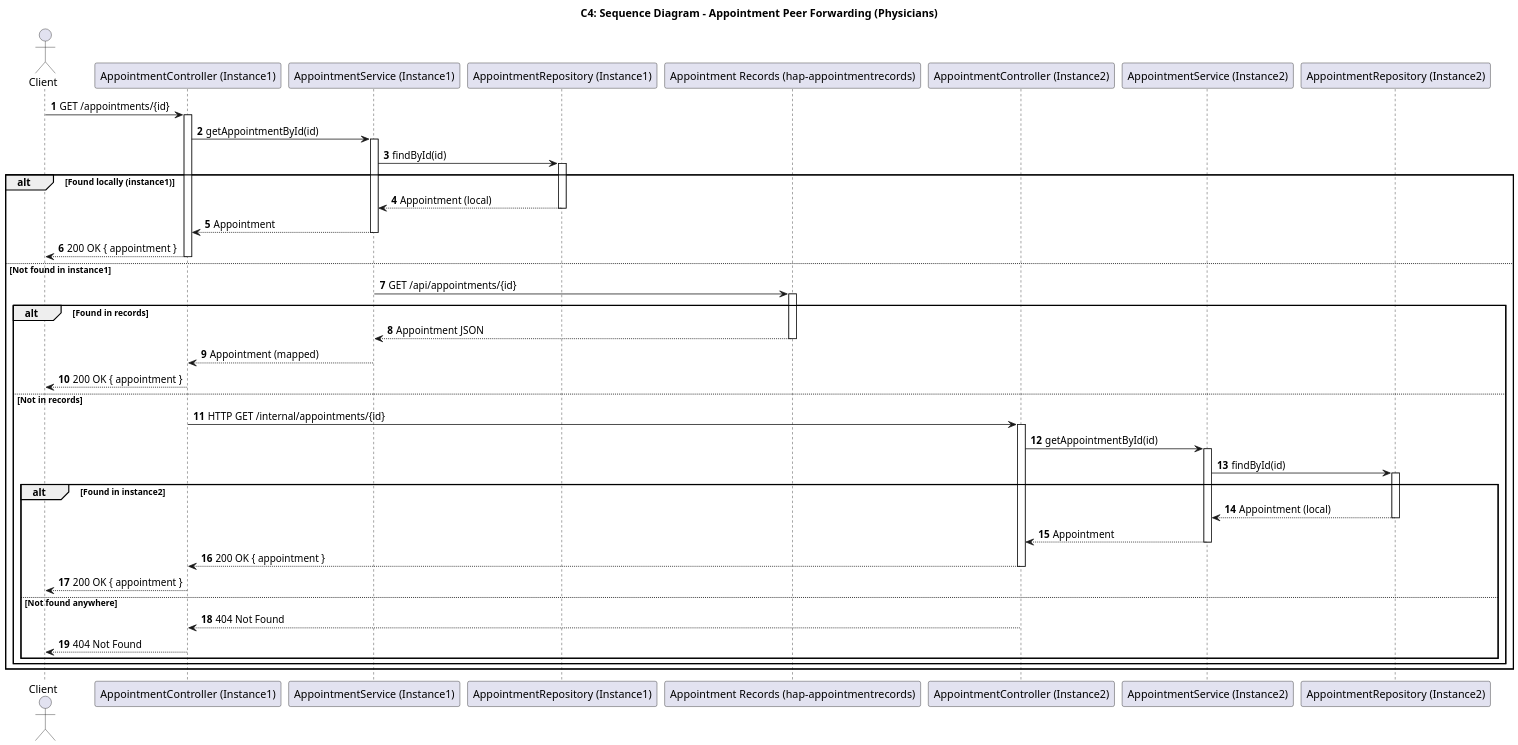
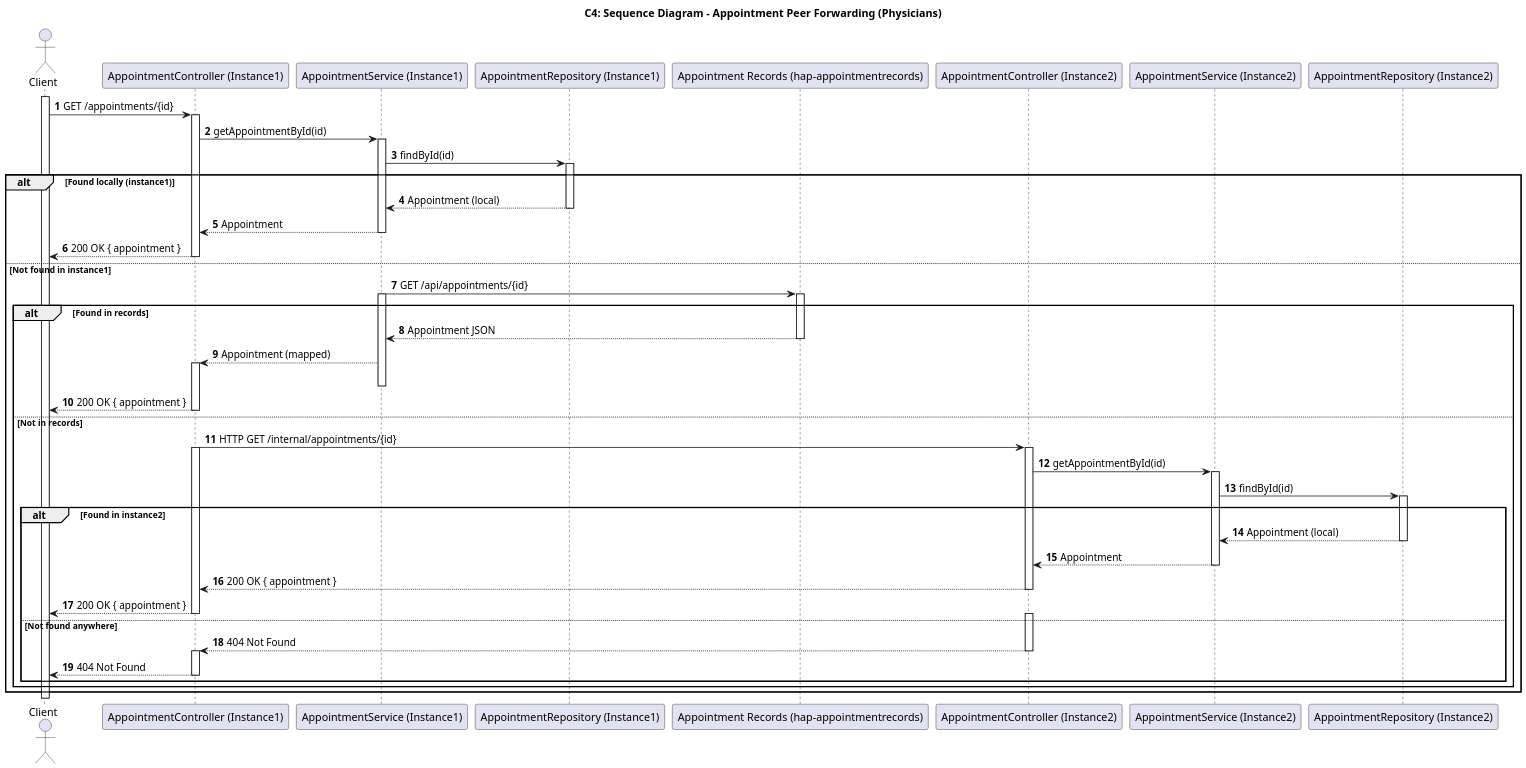
One commit to pedrods05/LETI_SIDIS_3DA_6 changed the diagram in DOCS/C4+1/C4+1-AppointmentPeerForwarding-Sequence.puml. Above: the diagram before and after it, drawn with PlantUML. The commit also changed 12 other files, not shown here.

Commit message:
ajustes diagramas

```diff
--- a/DOCS/C4+1/C4+1-AppointmentPeerForwarding-Sequence.puml
+++ b/DOCS/C4+1/C4+1-AppointmentPeerForwarding-Sequence.puml
@@ -1,75 +1,81 @@
 @startuml
 ' C4+1 — Appointment peer forwarding SD (layered)
 skinparam dpi 150
 skinparam shadowing false
 skinparam DefaultFontName Arial
 
 title C4: Sequence Diagram - Appointment Peer Forwarding (Physicians)
 
 actor Client
 participant "AppointmentController (Instance1)" as C1
 participant "AppointmentService (Instance1)" as S1
 participant "AppointmentRepository (Instance1)" as R1
 participant "Appointment Records (hap-appointmentrecords)" as Records
 participant "AppointmentController (Instance2)" as C2
 participant "AppointmentService (Instance2)" as S2
 participant "AppointmentRepository (Instance2)" as R2
 
+activate Client
 autonumber
 Client -> C1 : GET /appointments/{id}
 activate C1
 C1 -> S1 : getAppointmentById(id)
 activate S1
 S1 -> R1 : findById(id)
 activate R1
 alt Found locally (instance1)
   R1 --> S1 : Appointment (local)
   deactivate R1
   S1 --> C1 : Appointment
   deactivate S1
   C1 --> Client : 200 OK { appointment }
   deactivate C1
 else Not found in instance1
   ' no explicit null return from R1
   deactivate R1
   S1 -> Records : GET /api/appointments/{id}
+  activate S1
   activate Records
   alt Found in records
     Records --> S1 : Appointment JSON
     deactivate Records
     S1 --> C1 : Appointment (mapped)
+    activate C1
     deactivate S1
     C1 --> Client : 200 OK { appointment }
     deactivate C1
   else Not in records
     ' close records and service without explicit NotFound arrows
     deactivate Records
     deactivate S1
     C1 -> C2 : HTTP GET /internal/appointments/{id}
+    activate C1
     activate C2
     C2 -> S2 : getAppointmentById(id)
     activate S2
     S2 -> R2 : findById(id)
     activate R2
     alt Found in instance2
       R2 --> S2 : Appointment (local)
       deactivate R2
       S2 --> C2 : Appointment
       deactivate S2
       C2 --> C1 : 200 OK { appointment }
       deactivate C2
       C1 --> Client : 200 OK { appointment }
       deactivate C1
     else Not found anywhere
       ' close R2/S2/C2 without explicit NotFound arrows
       deactivate R2
       deactivate S2
+      activate C2
       C2 --> C1 : 404 Not Found
       deactivate C2
+      activate C1
       C1 --> Client : 404 Not Found
       deactivate C1
     end
   end
 end
 
 @enduml
```
